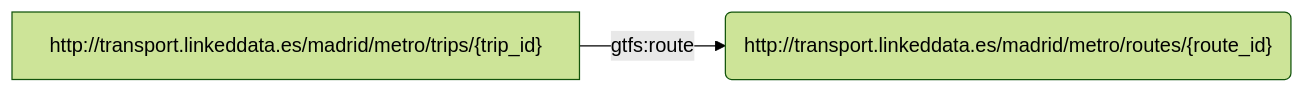
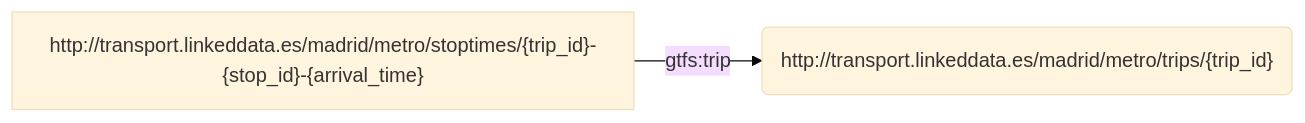
Diagram 16 of 25 in example/example.md (oeg-upm/rmldoc), drawn with Mermaid before and after one commit. The commit also changed other lines of this file and 2 other files, not shown here.

````diff
--- a/example/example.md
+++ b/example/example.md
@@ -394,7 +395,7 @@
 ```mermaid
-%%{ init : { "theme" : "forest", "flowchart" : { "curve" : "linear" }}}%%
+%%{ init : { "theme" : "base", "flowchart" : { "curve" : "linear" }}}%%
 
 flowchart LR
-S3["http://transport.linkeddata.es/madrid/metro/trips/{trip_id}"] -->|"gtfs:route"| object3("http://transport.linkeddata.es/madrid/metro/routes/{route_id}")
+S1["http://transport.linkeddata.es/madrid/metro/stoptimes/{trip_id}-{stop_id}-{arrival_time}"] -->|"gtfs:trip"| object1("http://transport.linkeddata.es/madrid/metro/trips/{trip_id}")
 
 ``` 
````
